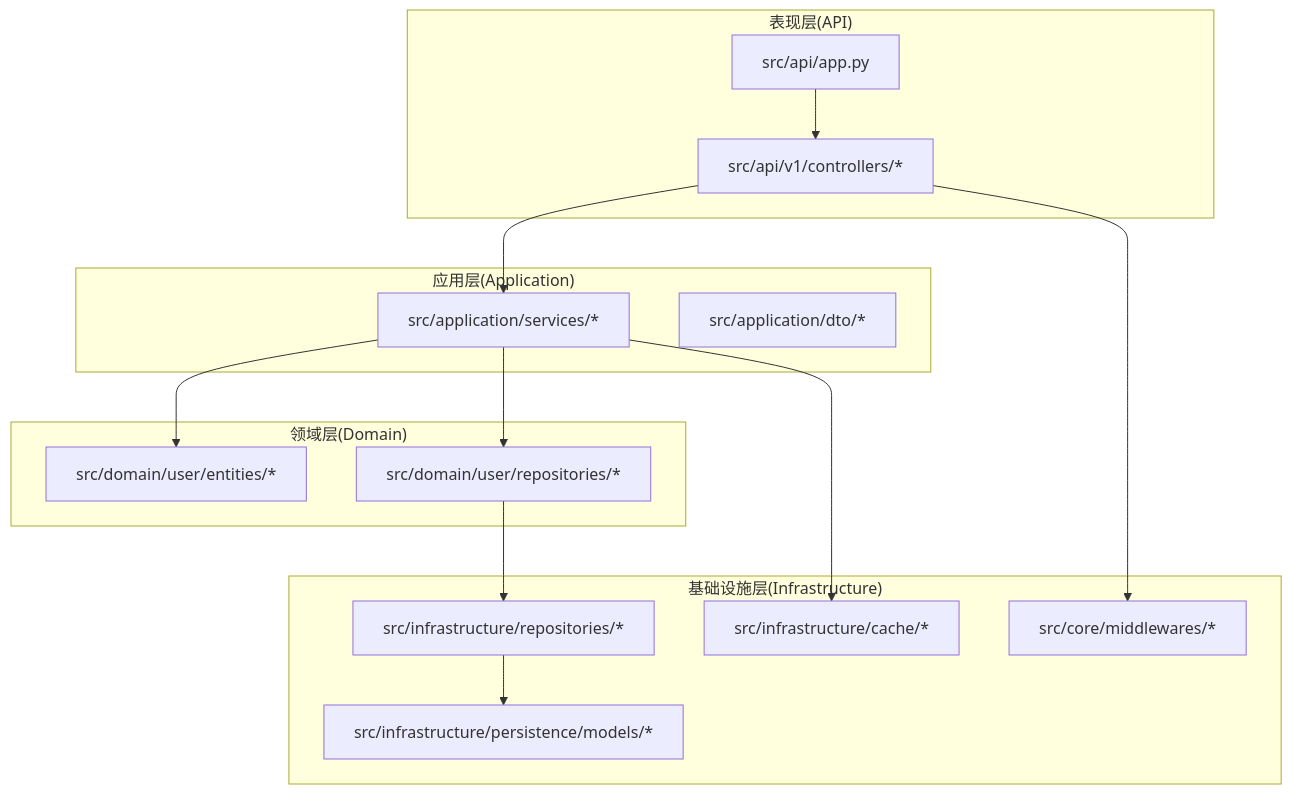
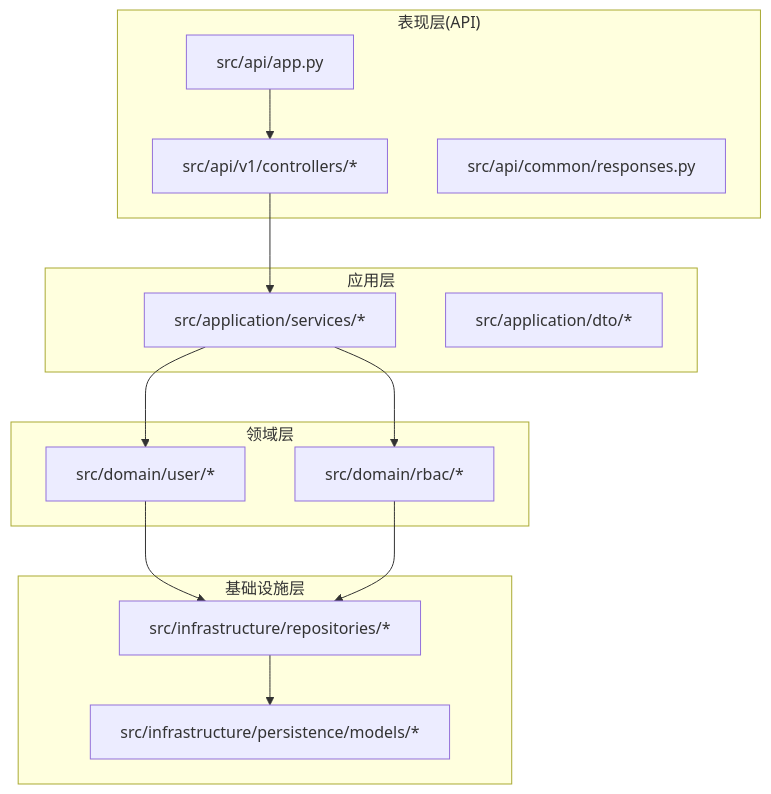
The first of 7 diagrams in .qoder/repowiki/zh/content/架构设计/DDD 分层架构.md (taoweidong/Hello-Django-Ninja-Api), drawn with Mermaid before and after one commit. The commit also changed other lines of this file and 106 other files, not shown here.

````diff
--- a/.qoder/repowiki/zh/content/架构设计/DDD 分层架构.md
+++ b/.qoder/repowiki/zh/content/架构设计/DDD 分层架构.md
@@ -42,29 +41,27 @@
 ```mermaid
 graph TB
 subgraph "表现层(API)"
 A1["src/api/app.py"]
 A2["src/api/v1/controllers/*"]
+A3["src/api/common/responses.py"]
 end
-subgraph "应用层(Application)"
+subgraph "应用层"
 B1["src/application/services/*"]
 B2["src/application/dto/*"]
 end
-subgraph "领域层(Domain)"
-C1["src/domain/user/entities/*"]
-C2["src/domain/user/repositories/*"]
+subgraph "领域层"
+C1["src/domain/user/*"]
+C2["src/domain/rbac/*"]
 end
-subgraph "基础设施层(Infrastructure)"
+subgraph "基础设施层"
 D1["src/infrastructure/repositories/*"]
 D2["src/infrastructure/persistence/models/*"]
-D3["src/infrastructure/cache/*"]
-D4["src/core/middlewares/*"]
 end
+A1 --> A2
 A2 --> B1
 B1 --> C1
 B1 --> C2
+C1 --> D1
 C2 --> D1
 D1 --> D2
-B1 --> D3
-A1 --> A2
-A2 --> D4
 ```
````
